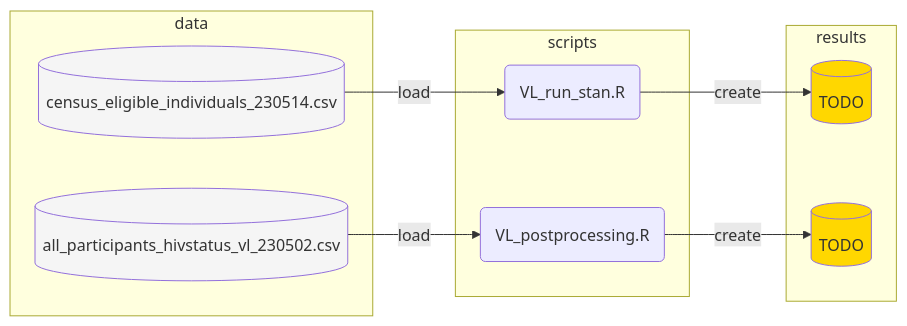
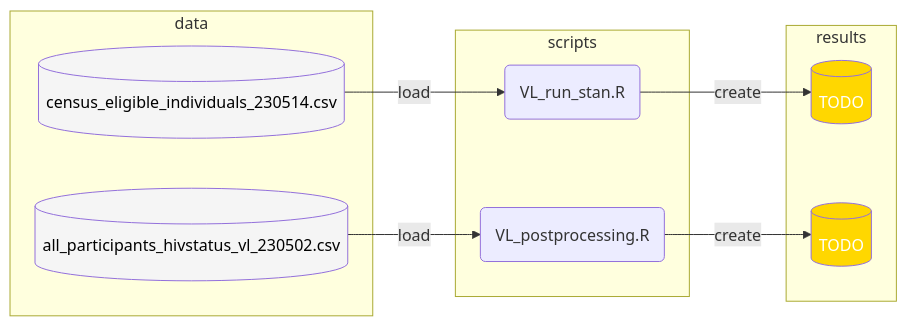
Before and after one commit to MLGlobalHealth/longi_viral_loads: the second of 2 diagrams in docs/README.md, drawn with Mermaid. The commit also changed other lines of this file, not shown here.

````diff
--- a/docs/README.md
+++ b/docs/README.md
@@ -63,29 +66,33 @@
 ```mermaid
 flowchart LR 
 	subgraph data
 		o11[(census_eligible_individuals_230514.csv)]
         o21[(all_participants_hivstatus_vl_230502.csv)]
 
     style o11 fill:#F5F5F5
     style o21 fill:#F5F5F5
+    style o11 color:#000000
+    style o21 color:#000000
 	end 
  
 	subgraph scripts
 		sc1(VL_run_stan.R)
         sc2(VL_postprocessing.R)
 	end
 	
 	subgraph results
 		r11[(TODO)]
         r21[(TODO)]
 
-		style r11 fill:#FFD700
-		style r21 fill:#FFD700
+		style r11 fill:#ffd700
+		style r21 fill:#ffd700
+		style r11 color:#ffffff
+		style r21 color:#ffffff
 	end
 	
 	o11 -- load --> sc1
 	sc1 -- create --> r11
   
 	o21 -- load --> sc2
 	sc2 -- create --> r21
 ```
````
